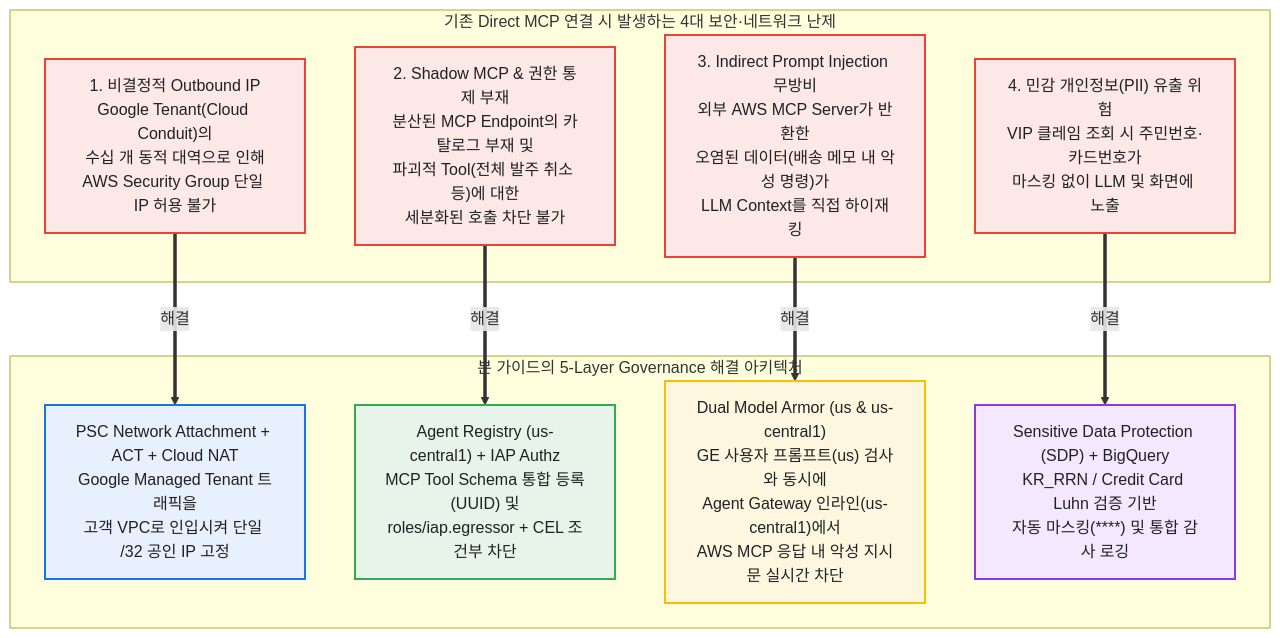
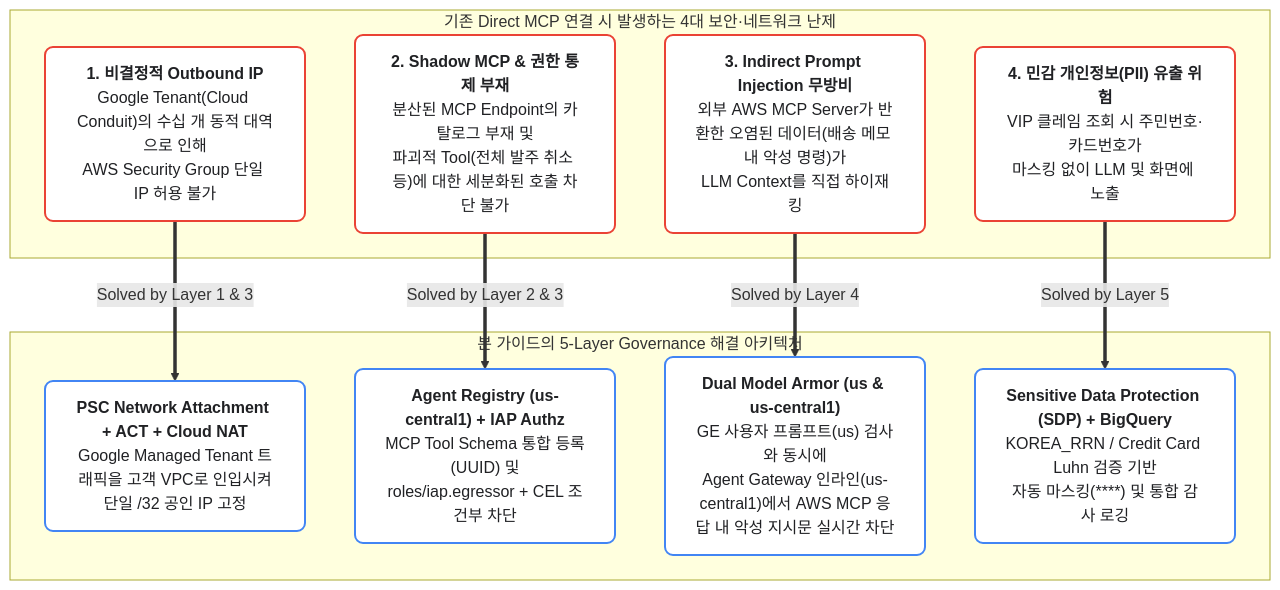
Before and after one commit to rhkim77/ge-agent-gateway-mcp: the first of 4 diagrams in docs/CONSOLE_UI_CLICK_BY_CLICK_GUIDE_KR.md, drawn with Mermaid. The commit also changed other lines of this file and 31 other files, not shown here.

Commit message:
feat(diagrams): upgrade all repository and Qwiklabs diagrams to Official GCP Standard Style (SVG, 2x Retina PNG, Draw.io XML, and Mermaid)

````diff
--- a/docs/CONSOLE_UI_CLICK_BY_CLICK_GUIDE_KR.md
+++ b/docs/CONSOLE_UI_CLICK_BY_CLICK_GUIDE_KR.md
@@ -11,30 +18,24 @@
 ```mermaid
 flowchart TD
+    classDef probCard fill:#FFFFFF,stroke:#EA4335,stroke-width:2px,color:#202124,rx:8px,ry:8px
+    classDef solCard fill:#FFFFFF,stroke:#4285F4,stroke-width:2px,color:#202124,rx:8px,ry:8px
+
     subgraph ProblemSpace["기존 Direct MCP 연결 시 발생하는 4대 보안·네트워크 난제"]
-        P1["1. 비결정적 Outbound IP<br/>Google Tenant(Cloud Conduit)의<br/>수십 개 동적 대역으로 인해<br/>AWS Security Group 단일 IP 허용 불가"]
-        P2["2. Shadow MCP & 권한 통제 부재<br/>분산된 MCP Endpoint의 카탈로그 부재 및<br/>파괴적 Tool(전체 발주 취소 등)에 대한<br/>세분화된 호출 차단 불가"]
-        P3["3. Indirect Prompt Injection 무방비<br/>외부 AWS MCP Server가 반환한<br/>오염된 데이터(배송 메모 내 악성 명령)가<br/>LLM Context를 직접 하이재킹"]
-        P4["4. 민감 개인정보(PII) 유출 위험<br/>VIP 클레임 조회 시 주민번호·카드번호가<br/>마스킹 없이 LLM 및 화면에 노출"]
+        P1["<b>1. 비결정적 Outbound IP</b><br/>Google Tenant(Cloud Conduit)의 수십 개 동적 대역으로 인해<br/>AWS Security Group 단일 IP 허용 불가"]:::probCard
+        P2["<b>2. Shadow MCP & 권한 통제 부재</b><br/>분산된 MCP Endpoint의 카탈로그 부재 및<br/>파괴적 Tool(전체 발주 취소 등)에 대한 세분화된 호출 차단 불가"]:::probCard
+        P3["<b>3. Indirect Prompt Injection 무방비</b><br/>외부 AWS MCP Server가 반환한 오염된 데이터(배송 메모 내 악성 명령)가<br/>LLM Context를 직접 하이재킹"]:::probCard
+        P4["<b>4. 민감 개인정보(PII) 유출 위험</b><br/>VIP 클레임 조회 시 주민번호·카드번호가<br/>마스킹 없이 LLM 및 화면에 노출"]:::probCard
     end
 
     subgraph SolutionSpace["본 가이드의 5-Layer Governance 해결 아키텍처"]
-        S1["PSC Network Attachment + ACT + Cloud NAT<br/>Google Managed Tenant 트래픽을<br/>고객 VPC로 인입시켜 단일 /32 공인 IP 고정"]
-        S2["Agent Registry (us-central1) + IAP Authz<br/>MCP Tool Schema 통합 등록(UUID) 및<br/>roles/iap.egressor + CEL 조건부 차단"]
-        S3["Dual Model Armor (us & us-central1)<br/>GE 사용자 프롬프트(us) 검사와 동시에<br/>Agent Gateway 인라인(us-central1)에서<br/>AWS MCP 응답 내 악성 지시문 실시간 차단"]
-        S4["Sensitive Data Protection (SDP) + BigQuery<br/>KR_RRN / Credit Card Luhn 검증 기반<br/>자동 마스킹(****) 및 통합 감사 로깅"]
+        S1["<b>PSC Network Attachment + ACT + Cloud NAT</b><br/>Google Managed Tenant 트래픽을 고객 VPC로 인입시켜<br/>단일 /32 공인 IP 고정"]:::solCard
+        S2["<b>Agent Registry (us-central1) + IAP Authz</b><br/>MCP Tool Schema 통합 등록(UUID) 및<br/>roles/iap.egressor + CEL 조건부 차단"]:::solCard
+        S3["<b>Dual Model Armor (us & us-central1)</b><br/>GE 사용자 프롬프트(us) 검사와 동시에<br/>Agent Gateway 인라인(us-central1)에서 AWS MCP 응답 내 악성 지시문 실시간 차단"]:::solCard
+        S4["<b>Sensitive Data Protection (SDP) + BigQuery</b><br/>KOREA_RRN / Credit Card Luhn 검증 기반<br/>자동 마스킹(****) 및 통합 감사 로깅"]:::solCard
     end
 
-    P1 ==>|"해결"| S1
-    P2 ==>|"해결"| S2
-    P3 ==>|"해결"| S3
-    P4 ==>|"해결"| S4
-
-    style P1 fill:#FCE8E6,stroke:#EA4335,stroke-width:2px,color:#202124
-    style P2 fill:#FCE8E6,stroke:#EA4335,stroke-width:2px,color:#202124
-    style P3 fill:#FCE8E6,stroke:#EA4335,stroke-width:2px,color:#202124
-    style P4 fill:#FCE8E6,stroke:#EA4335,stroke-width:2px,color:#202124
-    style S1 fill:#E8F0FE,stroke:#1A73E8,stroke-width:2px,color:#202124
-    style S2 fill:#E6F4EA,stroke:#34A853,stroke-width:2px,color:#202124
-    style S3 fill:#FEF7E0,stroke:#FBBC04,stroke-width:2px,color:#202124
-    style S4 fill:#F3E8FD,stroke:#9334E6,stroke-width:2px,color:#202124
+    P1 ==>|"Solved by Layer 1 & 3"| S1
+    P2 ==>|"Solved by Layer 2 & 3"| S2
+    P3 ==>|"Solved by Layer 4"| S3
+    P4 ==>|"Solved by Layer 5"| S4
 ```
````
